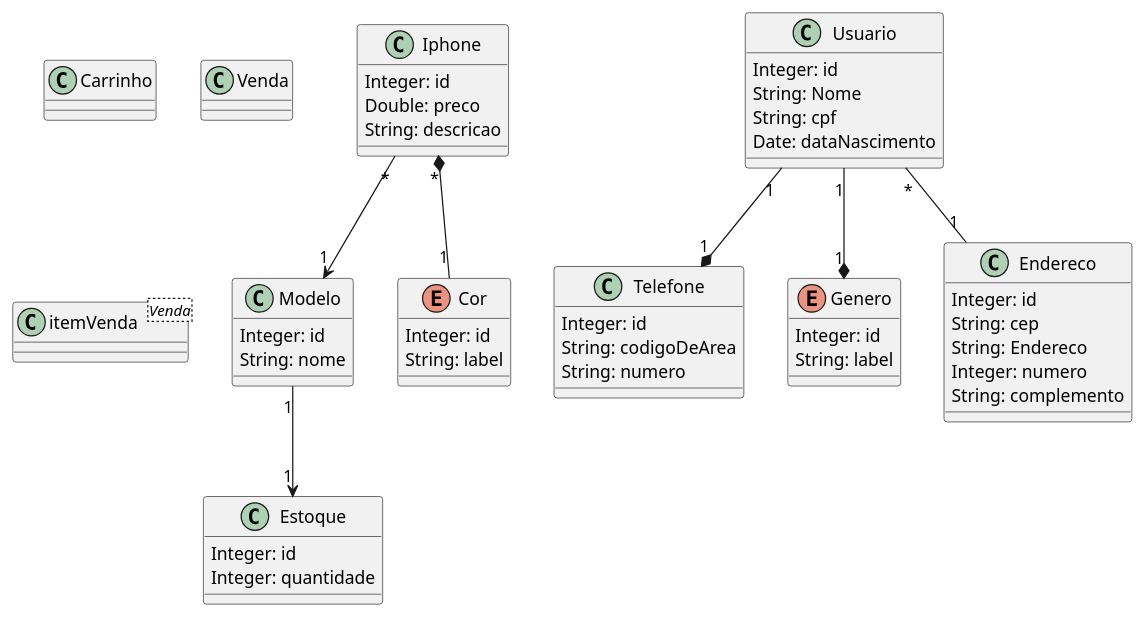
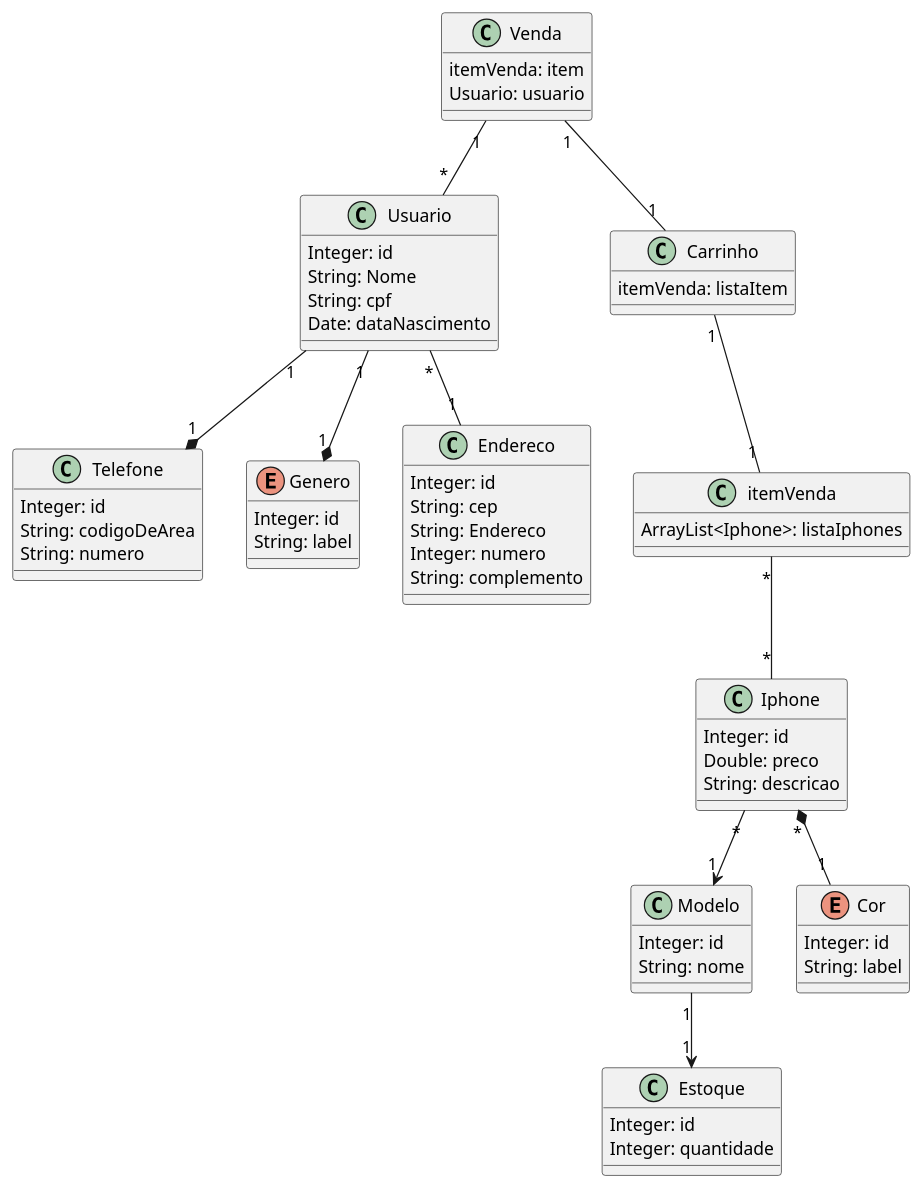
One commit to rafael-a-s/modelo-uml-rriphones changed the diagram in index.puml. Above: the diagram before and after it, drawn with PlantUML.

Commit message:
Relacionamentos  de venda com item de venda iniciados, ou seja, toda regra de negocio acerca do fluxo, partindo do produto, passando pelo carrinho e indo até a venda em si.

```diff
--- a/index.puml
+++ b/index.puml
@@ -1,63 +1,75 @@
 @startuml
 
 '=============== Produto ============'
 class Iphone{
   Integer: id
   Double: preco
   String: descricao
 }
 class Modelo{
   Integer: id
   String: nome
 }
 enum Cor{
   Integer: id
   String: label
 }
 class Estoque{
   Integer: id
   Integer: quantidade
 
 }
 Iphone "*"*--"1" Cor
 Iphone "*"-->"1" Modelo
 Modelo "1"-->"1" Estoque
 '=============== Usuario ============'
 class Usuario{
   Integer: id
   String: Nome
   String: cpf
   Date: dataNascimento
 
 }
 class Telefone{
   Integer: id
   String: codigoDeArea
   String: numero
 }
 enum Genero{
   Integer: id
   String: label
 }
 class Endereco{
   Integer: id
   String: cep 
   String: Endereco
   Integer: numero
   String: complemento
 }
 
 Usuario "1"--*"1" Genero
 Usuario "1"--*"1" Telefone
 Usuario "*"--"1" Endereco
 '=============== Compra ============'
-class Carrinho
-class Venda
-class itemVenda<Venda>
+class Carrinho{
+  itemVenda: listaItem
+}
+class Venda{
+  itemVenda: item
+  Usuario: usuario
 
+}
+class itemVenda{
+  ArrayList<Iphone>: listaIphones
+}
+
+itemVenda "*"--"*" Iphone
+Carrinho "1"--"1" itemVenda
+Venda "1"--"1" Carrinho
+Venda "1"--"*" Usuario
 
 
 '=============== relacionamentos ============'
 
 
 @enduml
```
